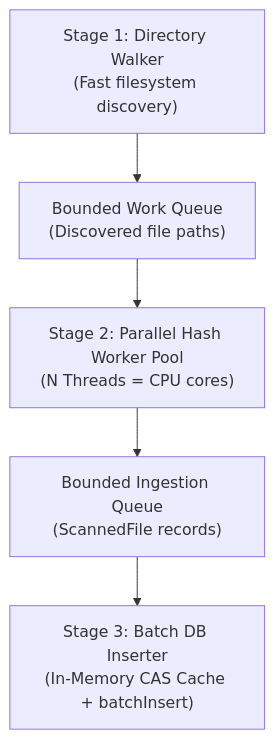
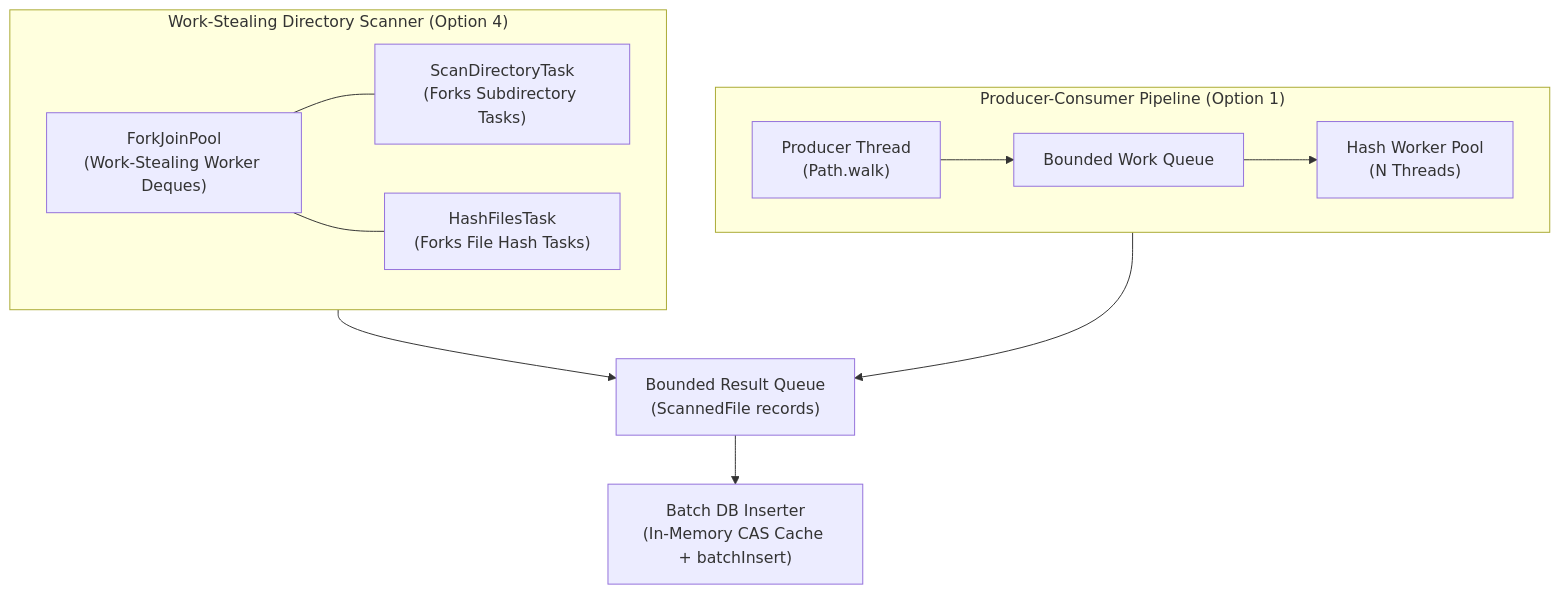
Before and after one commit to cherba29/boveda: the first of 2 diagrams in README.md, drawn with Mermaid. The commit also changed other lines of this file and 6 other files, not shown here.

First line of the commit message:
Work-Stealing Parallel Directory Scanner

````diff
--- a/README.md
+++ b/README.md
@@ -219,13 +238,21 @@
 ```mermaid
 flowchart TD
-    Scanner["Stage 1: Directory Walker\n(Fast filesystem discovery)"]
-    Queue1["Bounded Work Queue\n(Discovered file paths)"]
-    Pool["Stage 2: Parallel Hash Worker Pool\n(N Threads = CPU cores)"]
-    Queue2["Bounded Ingestion Queue\n(ScannedFile records)"]
-    Consumer["Stage 3: Batch DB Inserter\n(In-Memory CAS Cache + batchInsert)"]
+    subgraph WorkStealing["Work-Stealing Directory Scanner (Option 4)"]
+        WS_Pool["ForkJoinPool\n(Work-Stealing Worker Deques)"]
+        DirTask["ScanDirectoryTask\n(Forks Subdirectory Tasks)"]
+        HashTask["HashFilesTask\n(Forks File Hash Tasks)"]
+        WS_Pool --- DirTask
+        WS_Pool --- HashTask
+    end
 
-    Scanner --> Queue1
-    Queue1 --> Pool
-    Pool --> Queue2
-    Queue2 --> Consumer
+    subgraph Pipeline["Producer-Consumer Pipeline (Option 1)"]
+        Walker["Producer Thread\n(Path.walk)"]
+        WorkQ["Bounded Work Queue"]
+        WorkerPool["Hash Worker Pool\n(N Threads)"]
+        Walker --> WorkQ --> WorkerPool
+    end
+
+    WorkStealing --> ResultQ["Bounded Result Queue\n(ScannedFile records)"]
+    Pipeline --> ResultQ
+    ResultQ --> Consumer["Batch DB Inserter\n(In-Memory CAS Cache + batchInsert)"]
 ```
````
